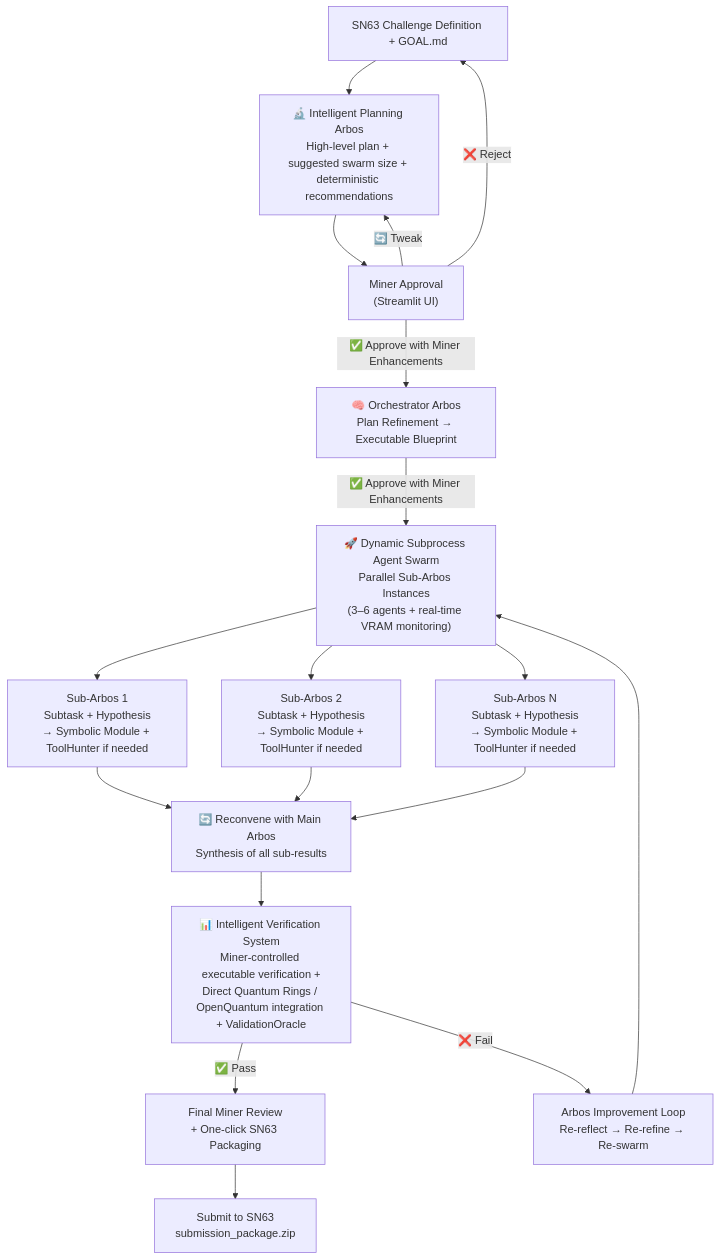
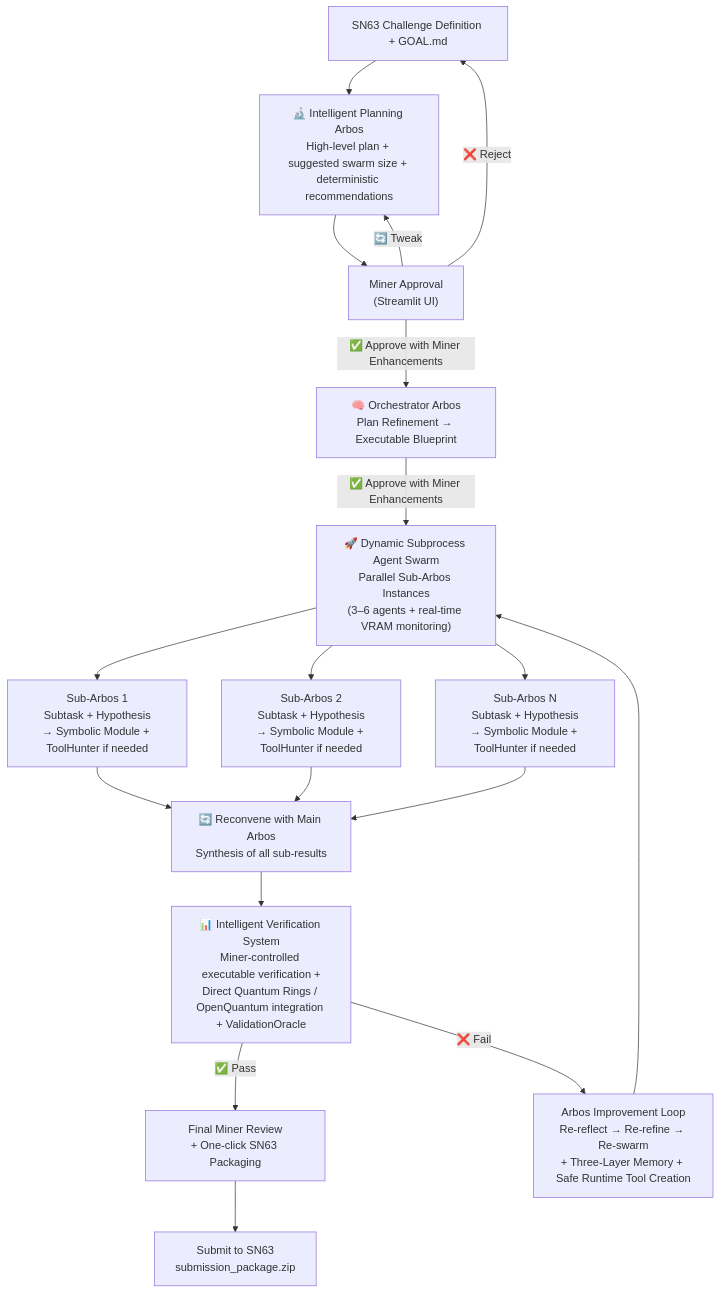
One commit to jbequ5/Enigma-Machine-Miner changed the diagram in README.md. Above: the diagram before and after it, drawn with Mermaid. The commit also changed other lines of this file, not shown here.

````diff
--- a/README.md
+++ b/README.md
@@ -11,27 +11,27 @@
 ```mermaid
 flowchart TD
     A["SN63 Challenge Definition + GOAL.md"] 
     --> B["🔬 Intelligent Planning Arbos<br/>High-level plan + suggested swarm size + deterministic recommendations"]
 
     B --> C["Miner Approval<br/>(Streamlit UI)"]
     C -->|"✅ Approve with Miner Enhancements"| D["🧠 Orchestrator Arbos<br/>Plan Refinement → Executable Blueprint"]
     C -->|"🔄 Tweak"| B
     C -->|"❌ Reject"| A
 
     D -->|"✅ Approve with Miner Enhancements"| E["🚀 Dynamic Subprocess Agent Swarm<br/>Parallel Sub-Arbos Instances<br/>(3–6 agents + real-time VRAM monitoring)"]
 
     E --> F1["Sub-Arbos 1<br/>Subtask + Hypothesis<br/>→ Symbolic Module + ToolHunter if needed"]
     E --> F2["Sub-Arbos 2<br/>Subtask + Hypothesis<br/>→ Symbolic Module + ToolHunter if needed"]
     E --> FN["Sub-Arbos N<br/>Subtask + Hypothesis<br/>→ Symbolic Module + ToolHunter if needed"]
 
     F1 & F2 & FN --> G["🔄 Reconvene with Main Arbos<br/>Synthesis of all sub-results"]
 
     G --> H["📊 Intelligent Verification System<br/>Miner-controlled executable verification +<br/>Direct Quantum Rings / OpenQuantum integration + ValidationOracle"]
 
     H -->|"✅ Pass"| I["Final Miner Review<br/>+ One-click SN63 Packaging"]
-    H -->|"❌ Fail"| J["Arbos Improvement Loop<br/>Re-reflect → Re-refine → Re-swarm"]
+    H -->|"❌ Fail"| J["Arbos Improvement Loop<br/>Re-reflect → Re-refine → Re-swarm<br/>+ Three-Layer Memory + Safe Runtime Tool Creation"]
 
     J --> E
 
     I --> K["Submit to SN63<br/>submission_package.zip"]
 ```
````
